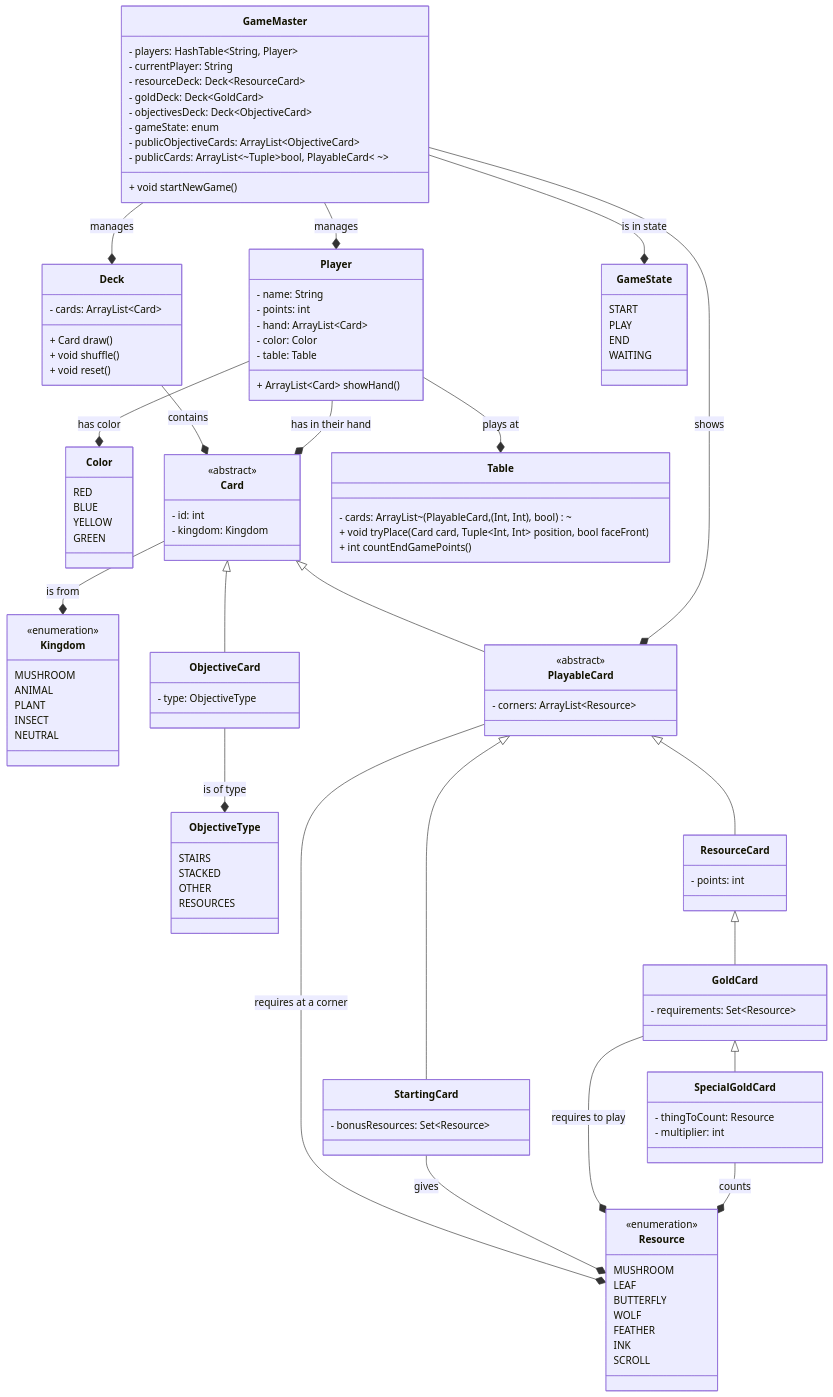
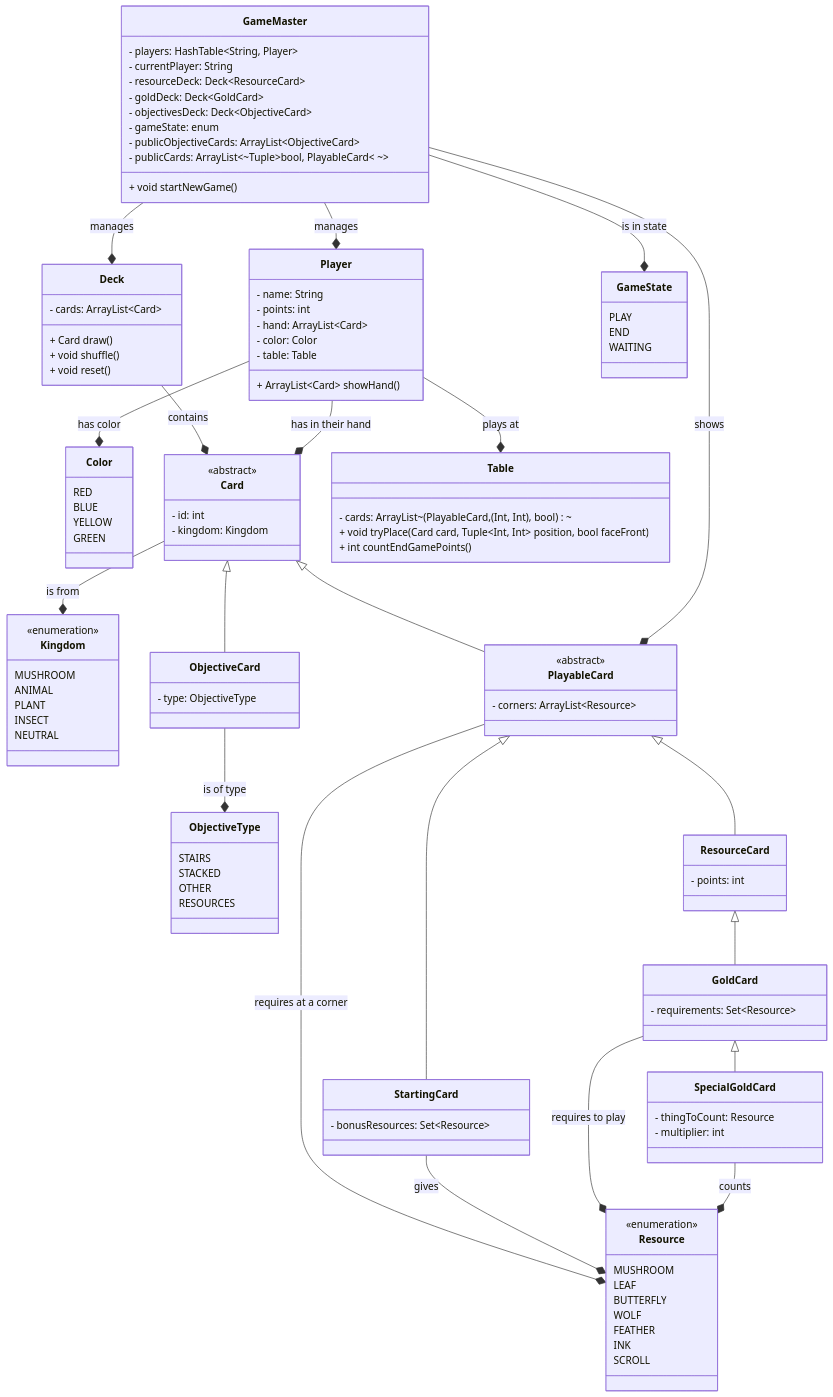
One commit to TheCaptainCraken/IS24-AM26 changed the diagram in deliverables/UML/model.md. Above: the diagram before and after it, drawn with Mermaid.

Commit message:
removed unused state

```diff
--- a/deliverables/UML/model.md
+++ b/deliverables/UML/model.md
@@ -121,7 +121,6 @@
     Player --* Table : plays at
 
     class GameState {
-        START
         PLAY
         END
         WAITING
```
